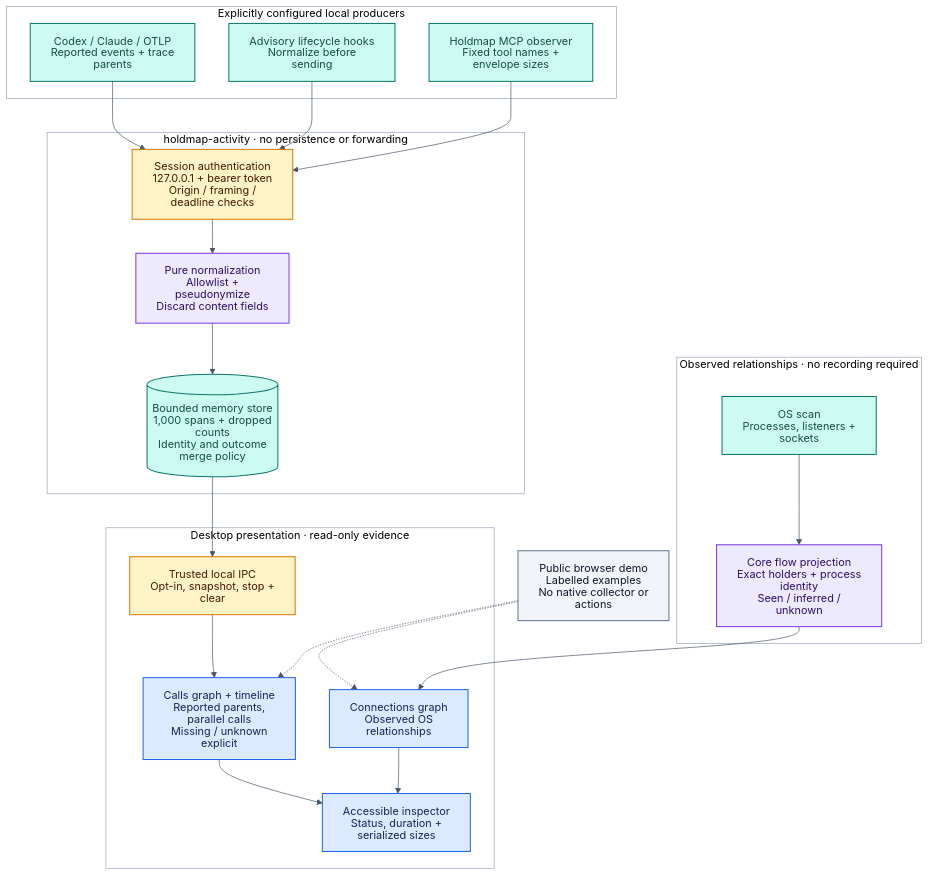
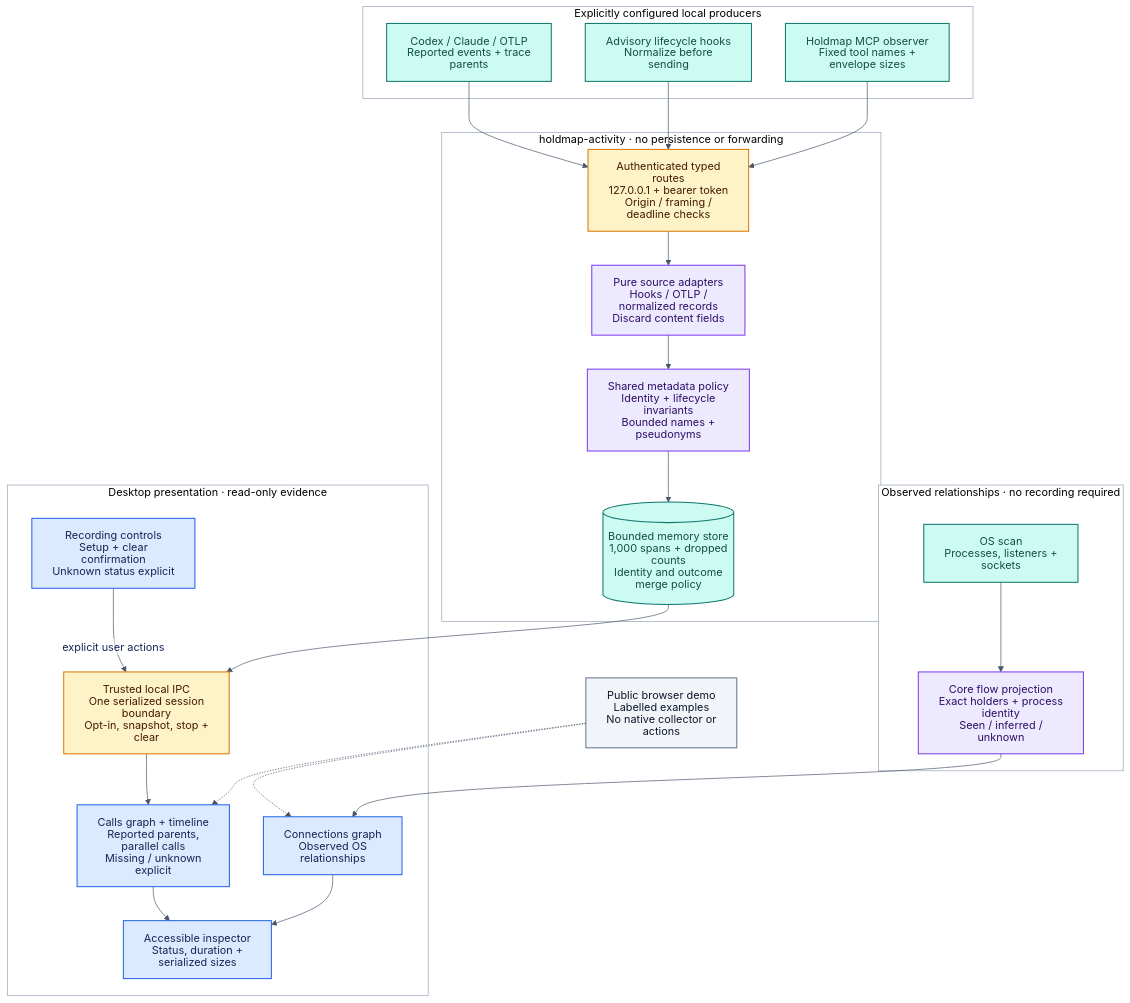
The first of 11 diagrams in docs/architecture.md (santoshshinde2012/holdmap), drawn with Mermaid before and after one commit. The commit also changed other lines of this file and 40 other files, not shown here.

First line of the commit message:
refactor: isolate agent recording policies and controls (#29)

````diff
--- a/docs/architecture.md
+++ b/docs/architecture.md
@@ -28,68 +38,71 @@
 ```mermaid
 ---
 config:
   theme: base
   look: classic
   htmlLabels: false
   themeVariables:
     darkMode: false
     background: "#ffffff"
     primaryColor: "#DBEAFE"
     primaryTextColor: "#172554"
     primaryBorderColor: "#2563EB"
     secondaryColor: "#CCFBF1"
     tertiaryColor: "#ffffff"
     textColor: "#0F172A"
     lineColor: "#475569"
     edgeLabelBackground: "#ffffff"
     clusterBkg: "#ffffff"
     clusterBorder: "#94A3B8"
   flowchart:
     wrappingWidth: 190
 ---
 flowchart TB
   accTitle: Agent visibility and optional local metadata flow
-  accDescr: Observed OS relationships and opt-in provider metadata follow separate read-only paths into the desktop flow view. A loopback authentication and bounded parsing gate projects metadata into session memory. Reported trace parents produce call edges, while missing evidence remains unknown. The public browser uses labelled examples and no recording source grants action authority.
+  accDescr: Observed OS relationships and opt-in provider metadata follow separate read-only paths into the desktop flow view. Authenticated typed routes dispatch source adapters, which share metadata validation before bounded session storage. Recording controls use trusted serialized native sessions independently of graph presentation. Reported trace parents produce call edges, while missing evidence remains unknown. The public browser uses labelled examples and no recording source grants action authority.
   subgraph OBSERVED["Observed relationships · no recording required"]
     OS["OS scan<br/>Processes, listeners + sockets"]
     PROJECT["Core flow projection<br/>Exact holders + process identity<br/>Seen / inferred / unknown"]
     OS --> PROJECT
   end
   subgraph PRODUCERS["Explicitly configured local producers"]
     AGENT["Codex / Claude / OTLP<br/>Reported events + trace parents"]
     HOOK["Advisory lifecycle hooks<br/>Normalize before sending"]
     MCP["Holdmap MCP observer<br/>Fixed tool names + envelope sizes"]
   end
   subgraph ACTIVITY["holdmap-activity · no persistence or forwarding"]
-    GATE["Session authentication<br/>127.0.0.1 + bearer token<br/>Origin / framing / deadline checks"]
-    NORMAL["Pure normalization<br/>Allowlist + pseudonymize<br/>Discard content fields"]
+    GATE["Authenticated typed routes<br/>127.0.0.1 + bearer token<br/>Origin / framing / deadline checks"]
+    ADAPTER["Pure source adapters<br/>Hooks / OTLP / normalized records<br/>Discard content fields"]
+    NORMAL["Shared metadata policy<br/>Identity + lifecycle invariants<br/>Bounded names + pseudonyms"]
     MEMORY[("Bounded memory store<br/>1,000 spans + dropped counts<br/>Identity and outcome merge policy")]
-    GATE --> NORMAL --> MEMORY
+    GATE --> ADAPTER --> NORMAL --> MEMORY
   end
   AGENT & HOOK & MCP --> GATE
   subgraph VIEW["Desktop presentation · read-only evidence"]
-    API["Trusted local IPC<br/>Opt-in, snapshot, stop + clear"]
+    API["Trusted local IPC<br/>One serialized session boundary<br/>Opt-in, snapshot, stop + clear"]
+    CONTROLS["Recording controls<br/>Setup + clear confirmation<br/>Unknown status explicit"]
     CONNECTIONS["Connections graph<br/>Observed OS relationships"]
     CALLS["Calls graph + timeline<br/>Reported parents, parallel calls<br/>Missing / unknown explicit"]
     INSPECT["Accessible inspector<br/>Status, duration + serialized sizes"]
     API --> CALLS
+    CONTROLS -->|"explicit user actions"| API
     CONNECTIONS & CALLS --> INSPECT
   end
   PROJECT --> CONNECTIONS
   MEMORY --> API
   DEMO["Public browser demo<br/>Labelled examples<br/>No native collector or actions"] -.-> CONNECTIONS & CALLS
   style OBSERVED fill:#ffffff,stroke:#94A3B8
   style PRODUCERS fill:#ffffff,stroke:#94A3B8
   style ACTIVITY fill:#ffffff,stroke:#94A3B8
   style VIEW fill:#ffffff,stroke:#94A3B8
   classDef surface fill:#DBEAFE,stroke:#2563EB,color:#172554,stroke-width:1.5px
   classDef domain fill:#EDE9FE,stroke:#7C3AED,color:#2E1065,stroke-width:1.5px
   classDef safety fill:#FEF3C7,stroke:#D97706,color:#451A03,stroke-width:1.5px
   classDef data fill:#CCFBF1,stroke:#0F766E,color:#134E4A,stroke-width:1.5px
   classDef web fill:#F1F5F9,stroke:#64748B,color:#0F172A,stroke-width:1.5px
   class OS,AGENT,HOOK,MCP,MEMORY data
-  class PROJECT,NORMAL domain
+  class PROJECT,ADAPTER,NORMAL domain
   class GATE,API safety
-  class CONNECTIONS,CALLS,INSPECT surface
+  class CONTROLS,CONNECTIONS,CALLS,INSPECT surface
   class DEMO web
 ```
````
